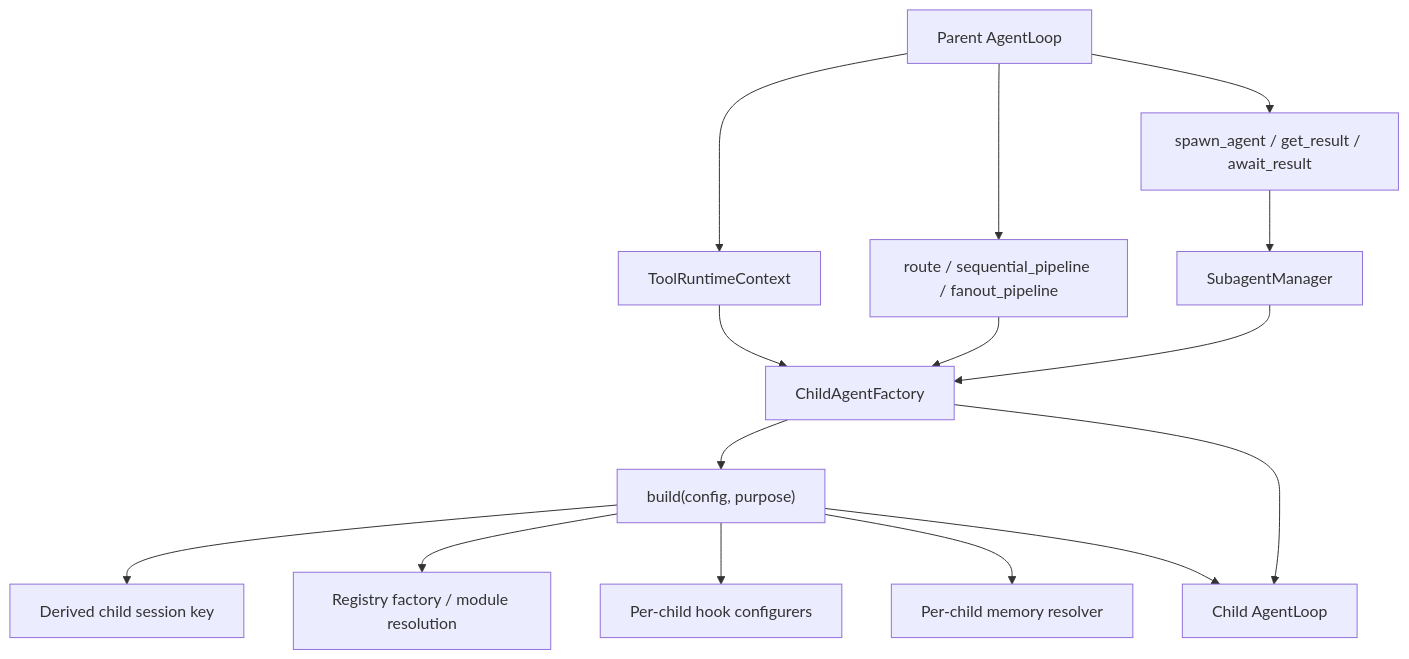
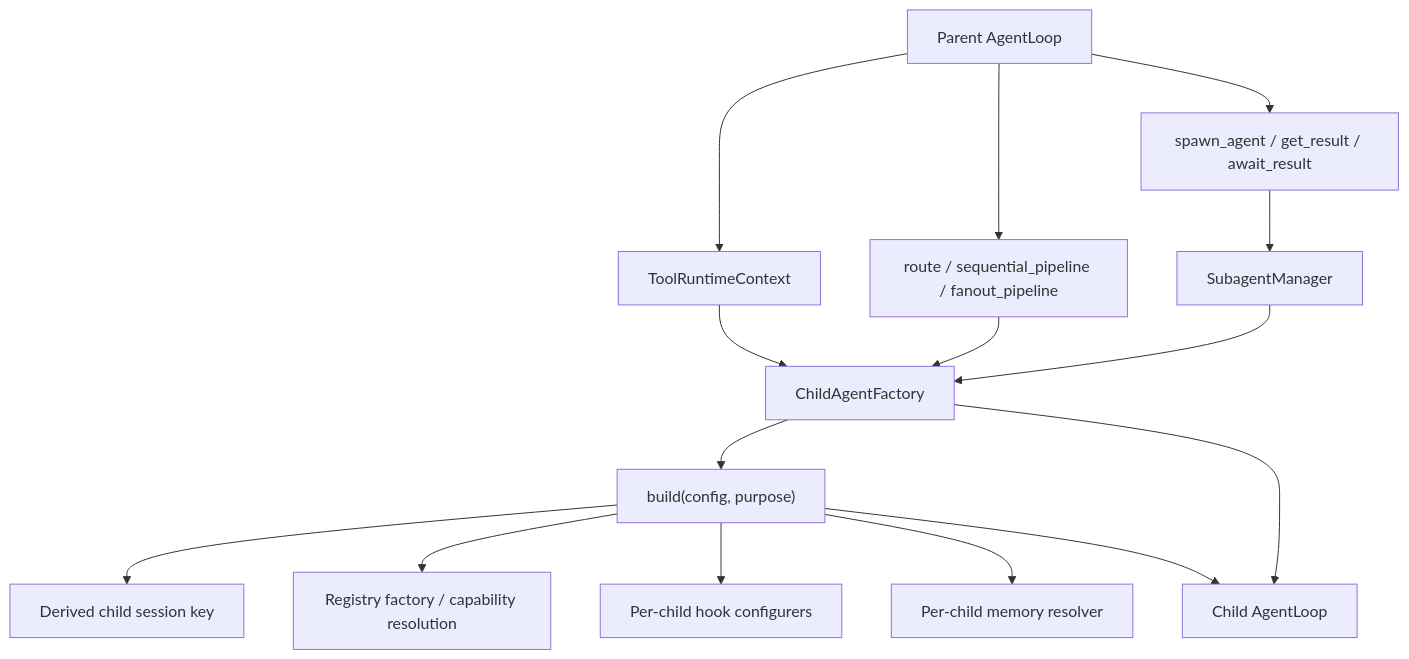
The fifth of 5 diagrams in docs/architecture-runtime.md (OrderAndCh4oS/smolclaw), drawn with Mermaid before and after one commit. The commit also changed other lines of this file and 32 other files, not shown here.

````diff
--- a/docs/architecture-runtime.md
+++ b/docs/architecture-runtime.md
@@ -130,20 +171,20 @@
 ```mermaid
 flowchart TD
     AGENT["Parent AgentLoop"] --> RTC["ToolRuntimeContext"]
     RTC --> CAF["ChildAgentFactory"]
 
     CAF --> BUILD["build(config, purpose)"]
     BUILD --> CHILDKEY["Derived child session key"]
-    BUILD --> CHILDREG["Registry factory / module resolution"]
+    BUILD --> CHILDREG["Registry factory / capability resolution"]
     BUILD --> CHILDHOOKS["Per-child hook configurers"]
     BUILD --> CHILDRAG["Per-child memory resolver"]
     BUILD --> CHILDLOOP["Child AgentLoop"]
 
     AGENT --> ORCH["route / sequential_pipeline / fanout_pipeline"]
     AGENT --> SPAWN["spawn_agent / get_result / await_result"]
 
     ORCH --> CAF
     SPAWN --> SUB["SubagentManager"]
     SUB --> CAF
     CAF --> CHILDLOOP
 ```
````
